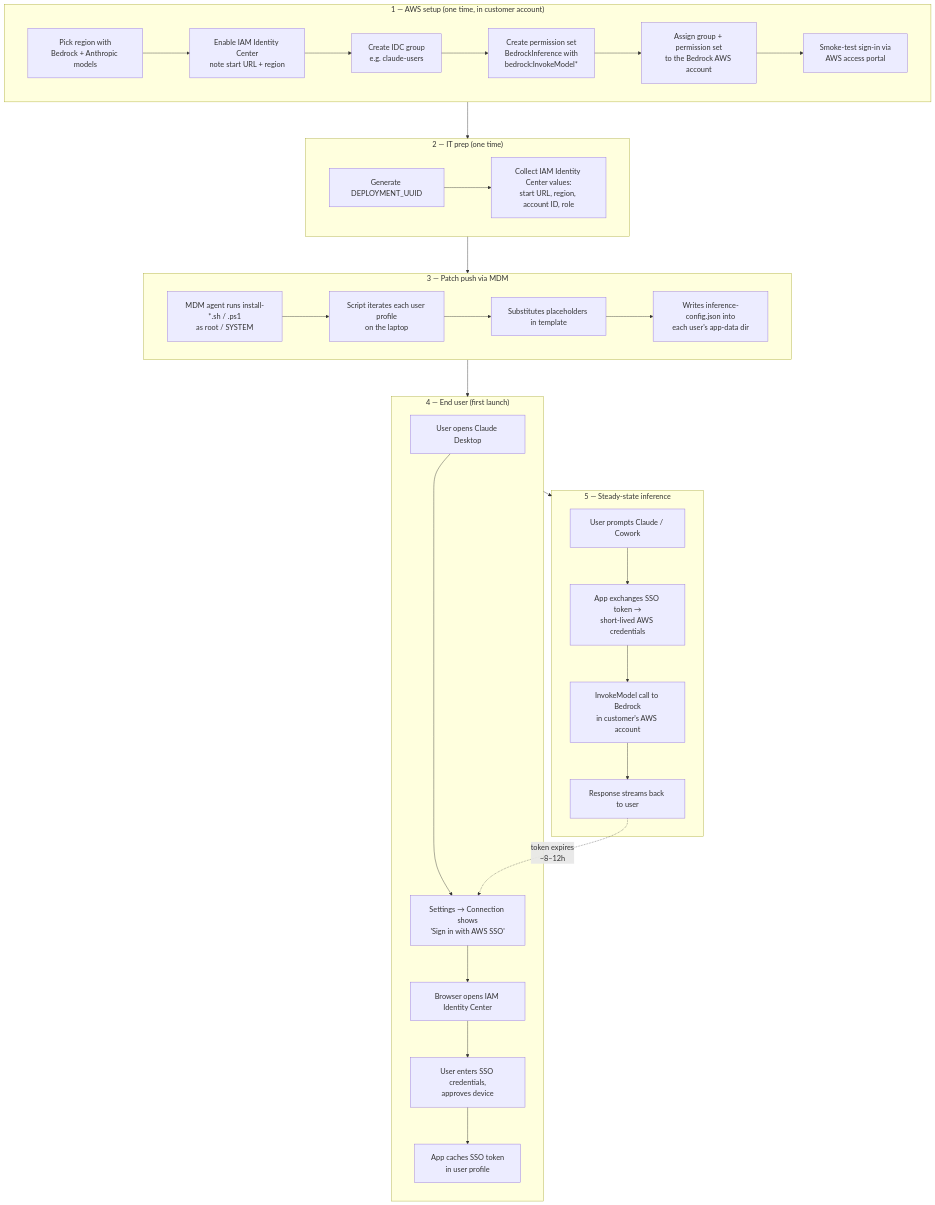
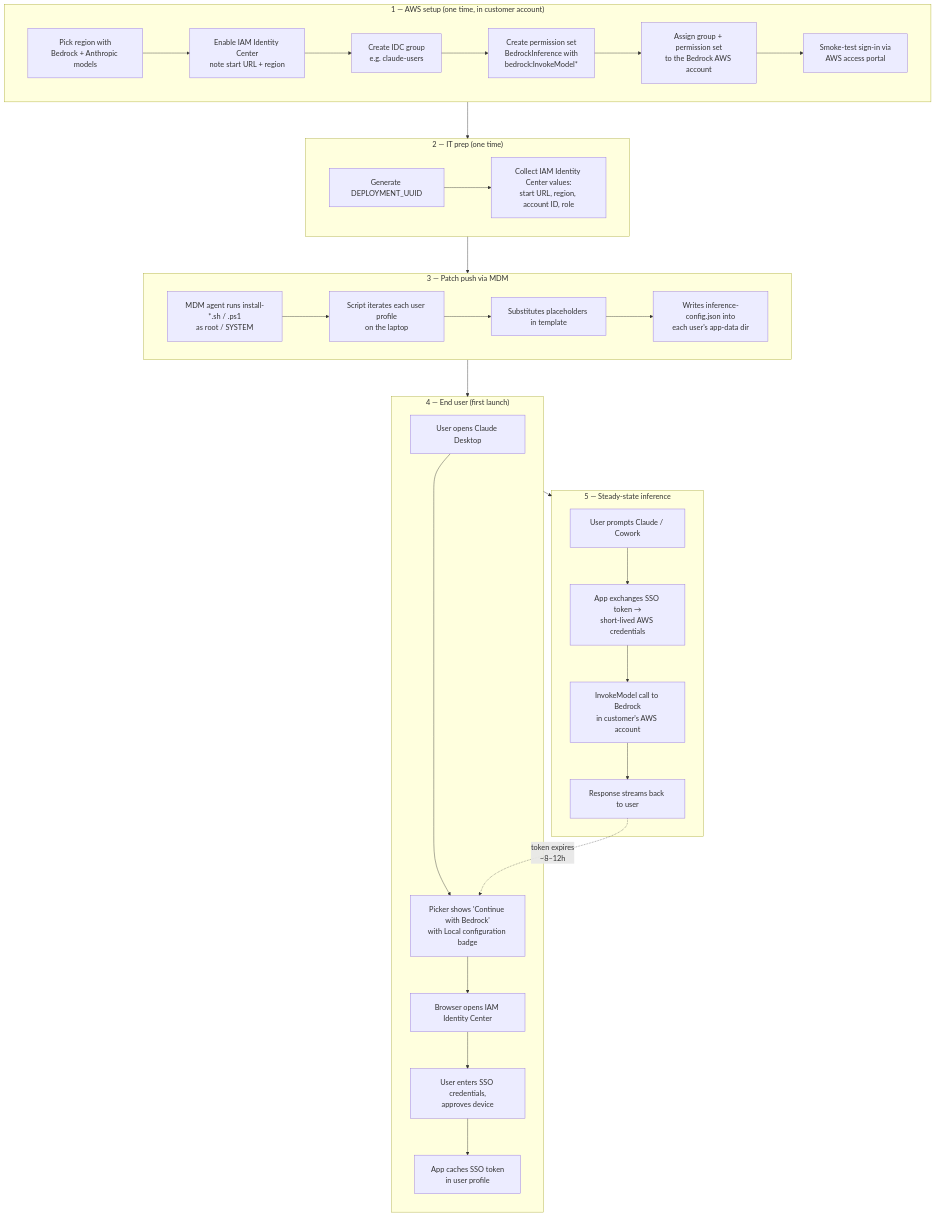
The diagram in README.md (duttaabhijit06/claude-desktop-deploy), drawn with Mermaid before and after one commit. The commit also changed other lines of this file and 6 other files, not shown here.

````diff
--- a/README.md
+++ b/README.md
@@ -26,47 +45,47 @@
 ```mermaid
 %%{init: {'flowchart': {'nodeSpacing': 70, 'rankSpacing': 90, 'padding': 20}, 'themeVariables': {'fontSize': '18px'}}}%%
 flowchart TD
     subgraph AWS["1 — AWS setup (one time, in customer account)"]
         Z1[Pick region with<br/>Bedrock + Anthropic models]
         Z2[Enable IAM Identity Center<br/>note start URL + region]
         Z3[Create IDC group<br/>e.g. claude-users]
         Z4[Create permission set<br/>BedrockInference with<br/>bedrock:InvokeModel*]
         Z5[Assign group + permission set<br/>to the Bedrock AWS account]
         Z6[Smoke-test sign-in via<br/>AWS access portal]
         Z1 --> Z2 --> Z3 --> Z4 --> Z5 --> Z6
     end
 
     subgraph Prep["2 — IT prep (one time)"]
         A1[Generate DEPLOYMENT_UUID]
         A2[Collect IAM Identity Center values:<br/>start URL, region, account ID, role]
         A1 --> A2
     end
 
     subgraph Push["3 — Patch push via MDM"]
         B1[MDM agent runs install-*.sh / .ps1<br/>as root / SYSTEM]
         B2[Script iterates each user profile<br/>on the laptop]
         B3[Substitutes placeholders in template]
         B4[Writes inference-config.json into<br/>each user's app-data dir]
         B1 --> B2 --> B3 --> B4
     end
 
     subgraph User["4 — End user (first launch)"]
         C1[User opens Claude Desktop]
-        C2[Settings → Connection shows<br/>'Sign in with AWS SSO']
+        C2[Picker shows 'Continue with Bedrock'<br/>with Local configuration badge]
         C3[Browser opens IAM Identity Center]
         C4[User enters SSO credentials,<br/>approves device]
         C5[App caches SSO token<br/>in user profile]
         C1 --> C2 --> C3 --> C4 --> C5
     end
 
     subgraph Run["5 — Steady-state inference"]
         D1[User prompts Claude / Cowork]
         D2[App exchanges SSO token →<br/>short-lived AWS credentials]
         D3[InvokeModel call to Bedrock<br/>in customer's AWS account]
         D4[Response streams back to user]
         D1 --> D2 --> D3 --> D4
     end
 
     AWS --> Prep --> Push --> User --> Run
     D4 -.->|token expires<br/>~8–12h| C2
 ```
````
